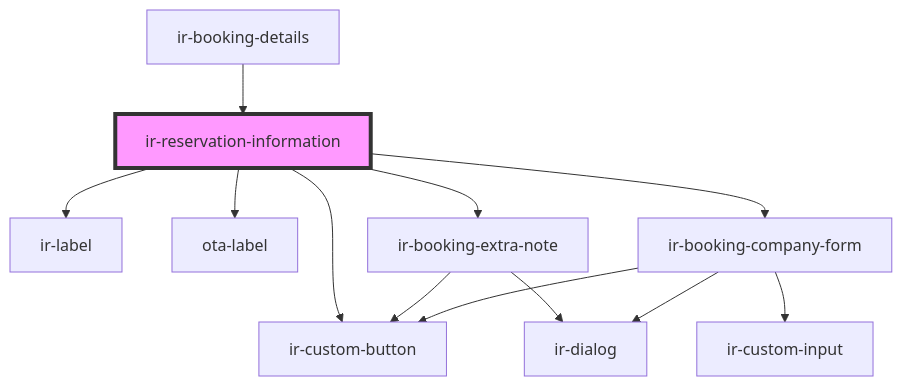
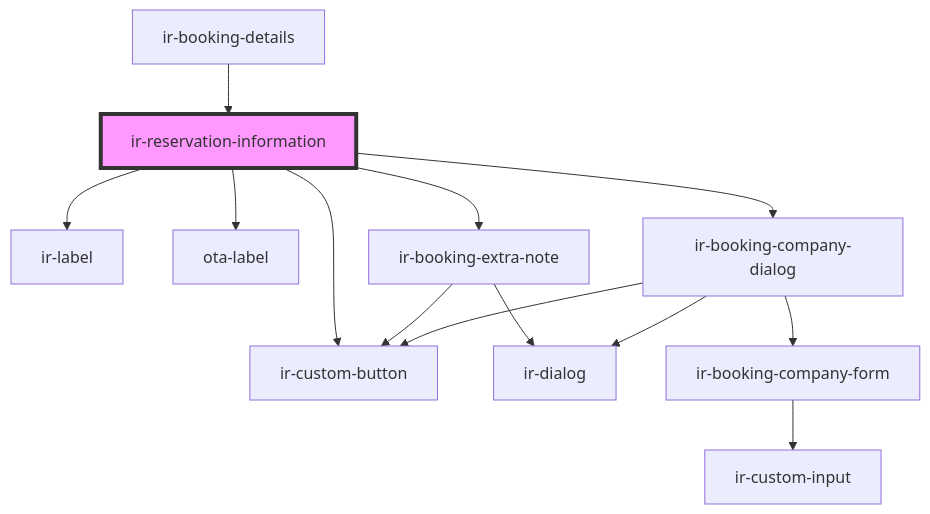
Before and after one commit to David1Chowaifaty/modified-ir-webcmp: the diagram in src/components/ir-booking-details/ir-reservation-information/readme.md, drawn with Mermaid. The commit also changed other lines of this file and 36 other files, not shown here.

````diff
--- a/src/components/ir-booking-details/ir-reservation-information/readme.md
+++ b/src/components/ir-booking-details/ir-reservation-information/readme.md
@@ -38,15 +38,16 @@
 ```mermaid
 graph TD;
   ir-reservation-information --> ir-label
   ir-reservation-information --> ir-custom-button
   ir-reservation-information --> ota-label
   ir-reservation-information --> ir-booking-extra-note
-  ir-reservation-information --> ir-booking-company-form
+  ir-reservation-information --> ir-booking-company-dialog
   ir-booking-extra-note --> ir-dialog
   ir-booking-extra-note --> ir-custom-button
-  ir-booking-company-form --> ir-dialog
+  ir-booking-company-dialog --> ir-dialog
+  ir-booking-company-dialog --> ir-booking-company-form
+  ir-booking-company-dialog --> ir-custom-button
   ir-booking-company-form --> ir-custom-input
-  ir-booking-company-form --> ir-custom-button
   ir-booking-details --> ir-reservation-information
   style ir-reservation-information fill:#f9f,stroke:#333,stroke-width:4px
 ```
````
